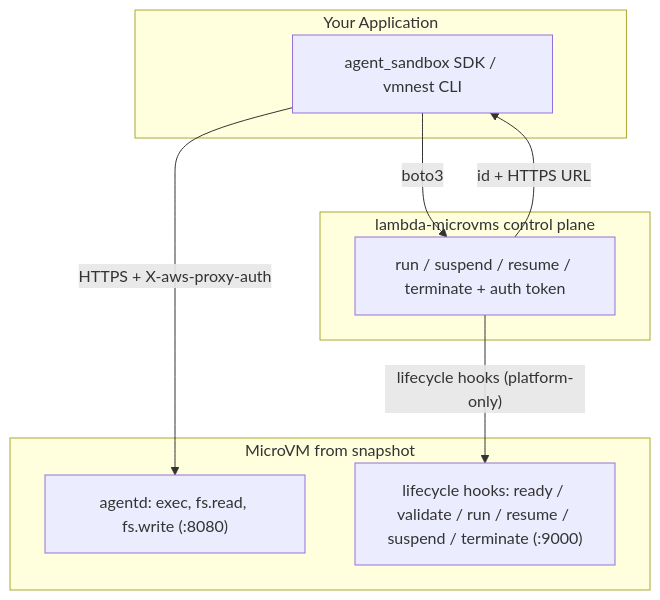
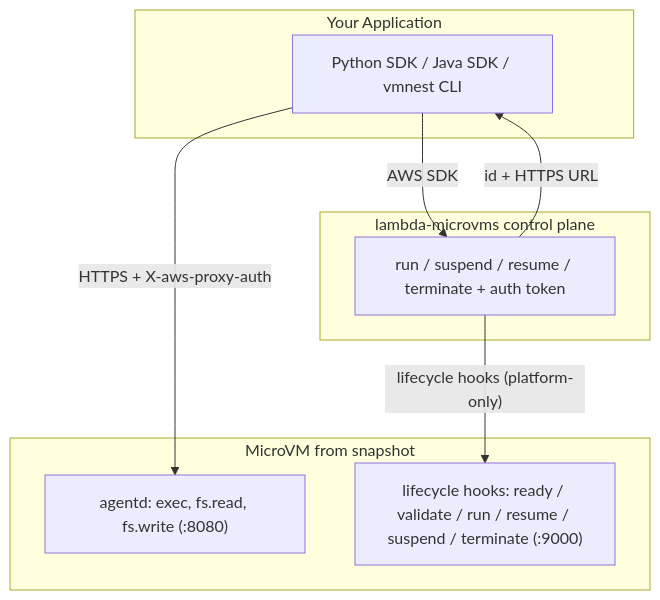
Before and after one commit to jnh12/agent-microvm: the diagram in README.md, drawn with Mermaid. The commit also changed other lines of this file and 1 other file, not shown here.

Commit message:
Clarify Python and Java setup and architecture in READMEs

````diff
--- a/README.md
+++ b/README.md
@@ -163,17 +163,17 @@
 ```mermaid
 graph TD
     subgraph app [Your Application]
-        SDK["agent_sandbox SDK / vmnest CLI"]
+        SDK["Python SDK / Java SDK / vmnest CLI"]
     end
     subgraph aws [lambda-microvms control plane]
         CP["run / suspend / resume / terminate + auth token"]
     end
     subgraph vm [MicroVM from snapshot]
         AG["agentd: exec, fs.read, fs.write (:8080)"]
         HK["lifecycle hooks: ready / validate / run / resume / suspend / terminate (:9000)"]
     end
-    SDK -->|"boto3"| CP
+    SDK -->|"AWS SDK"| CP
     CP -->|"id + HTTPS URL"| SDK
     SDK -->|"HTTPS + X-aws-proxy-auth"| AG
     CP -->|"lifecycle hooks (platform-only)"| HK
 ```
````
